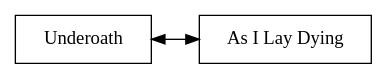
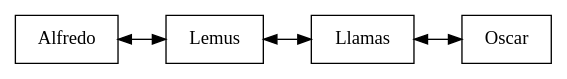
The diagram in Proyecto 1/report/artistas.dot (oscarc99/EDD_DIC_2019_PY1_201709140), drawn with Graphviz before and after one commit. The commit also changed 33 other files, not shown here.

```diff
--- a/Proyecto 1/report/artistas.dot
+++ b/Proyecto 1/report/artistas.dot
@@ -1,6 +1,8 @@
 digraph R { 
 rankdir = LR;node [shape=rectangle, height=0.5, width=0.5];
 graph[ nodesep = 0.5];
-node0 [label = " Underoath " ];
-node1 [label = " As I Lay Dying " ];
- node0 -> node1 [dir=both];}
+node0 [label = " Alfredo " ];
+node1 [label = " Lemus " ];
+node2 [label = " Llamas " ];
+node3 [label = " Oscar " ];
+ node0 ->  node1 ->  node2 -> node3 [dir=both];}
```
